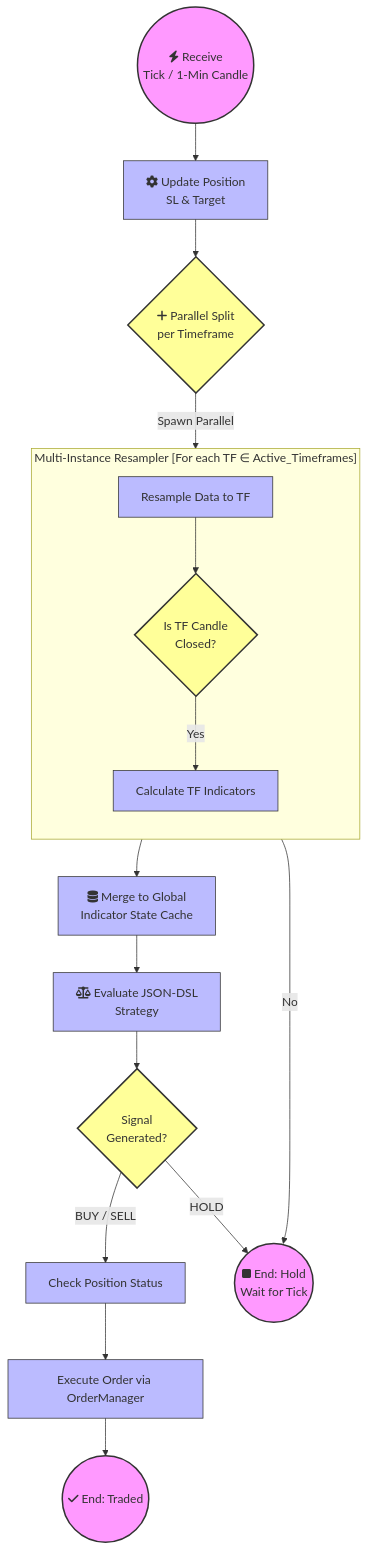
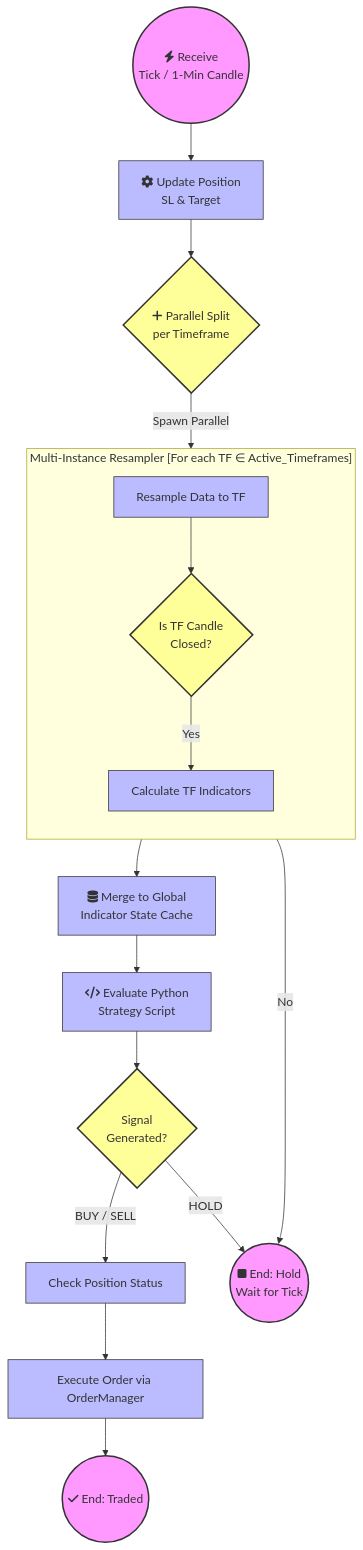
Before and after one commit to mrin9/tradebot: the second of 2 diagrams in docs/trade_engine_workflow.md, drawn with Mermaid. The commit also changed other lines of this file and 75 other files, not shown here.

````diff
--- a/docs/trade_engine_workflow.md
+++ b/docs/trade_engine_workflow.md
@@ -47,52 +40,52 @@
 ```mermaid
 graph TD
     %% BPMN Nodes
     StartEvent((fa:fa-bolt Receive <br>Tick / 1-Min Candle))
     UpdatePos[fa:fa-cog Update Position<br>SL & Target]
     SplitGateway{fa:fa-plus Parallel Split<br>per Timeframe}
     
     %% Multi-Instance Subprocess
     subgraph "Multi-Instance Resampler [For each TF ∈ Active_Timeframes]"
         direction TB
         Resample[Resample Data to TF]
         CheckClosed{Is TF Candle<br>Closed?}
         CalcInd[Calculate TF Indicators]
         Resample --> CheckClosed
         CheckClosed -->|Yes| CalcInd
     end
     
     MergeState[fa:fa-database Merge to Global<br>Indicator State Cache]
-    EvalStrategy[fa:fa-balance-scale Evaluate JSON-DSL<br>Strategy]
+    EvalStrategy[fa:fa-code Evaluate Python<br>Strategy Script]
     SignalGateway{Signal<br>Generated?}
     
     CheckPos[Check Position Status]
     ExecOrder[Execute Order via OrderManager]
     
     EndHold((fa:fa-stop End: Hold <br>Wait for Tick))
     EndComplete((fa:fa-check End: Traded))
 
     %% Sequence / Flow
     StartEvent --> UpdatePos
     UpdatePos --> SplitGateway
     
     SplitGateway -->|Spawn Parallel| Resample
     
     CheckClosed -->|No| EndHold
     CalcInd --> MergeState
     MergeState --> EvalStrategy
     EvalStrategy --> SignalGateway
     
     SignalGateway -->|HOLD| EndHold
     SignalGateway -->|BUY / SELL| CheckPos
     
     CheckPos --> ExecOrder
     ExecOrder --> EndComplete
     
     classDef Event fill:#f9f,stroke:#333,stroke-width:2px;
     classDef Task fill:#bbf,stroke:#333,stroke-width:1px;
     classDef Gateway fill:#ff9,stroke:#333,stroke-width:2px;
     
     class StartEvent,EndHold,EndComplete Event;
     class UpdatePos,Resample,CalcInd,MergeState,EvalStrategy,CheckPos,ExecOrder Task;
     class SplitGateway,CheckClosed,SignalGateway Gateway;
 ```
````
